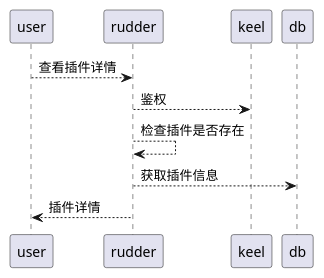
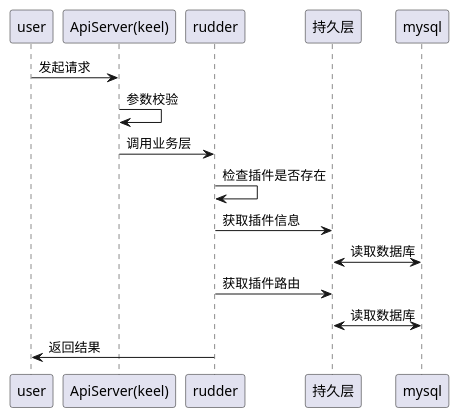
One commit to tkeel-io/docs changed the fourth of 5 diagrams in docs/api/appendix/plantuml/plugin-manager-admin.md. Above: the diagram before and after it, drawn with PlantUML. The commit also changed other lines of this file and 2 other files, not shown here.

Commit message:
feat: update plugin manager uml & fluxswicth manager

````diff
--- a/docs/api/appendix/plantuml/plugin-manager-admin.md
+++ b/docs/api/appendix/plantuml/plugin-manager-admin.md
@@ -79,10 +116,20 @@
 ```plantuml
 @startuml
-user --> rudder : 查看插件详情
-rudder --> keel : 鉴权
-rudder --> rudder : 检查插件是否存在
-rudder --> db : 获取插件信息
-rudder --> user : 插件详情
+participant "user" as user
+participant "ApiServer(keel)" as keel
+participant "rudder" as rudder
+participant "持久层" as dblayer
+participant "mysql" as mysql
+
+user -> keel : 发起请求
+keel -> keel : 参数校验 
+keel -> rudder : 调用业务层
+rudder -> rudder : 检查插件是否存在
+rudder -> dblayer : 获取插件信息
+dblayer <-> mysql : 读取数据库
+rudder -> dblayer : 获取插件路由
+dblayer <-> mysql : 读取数据库
+rudder -> user : 返回结果
 
 @enduml
 ```
````
